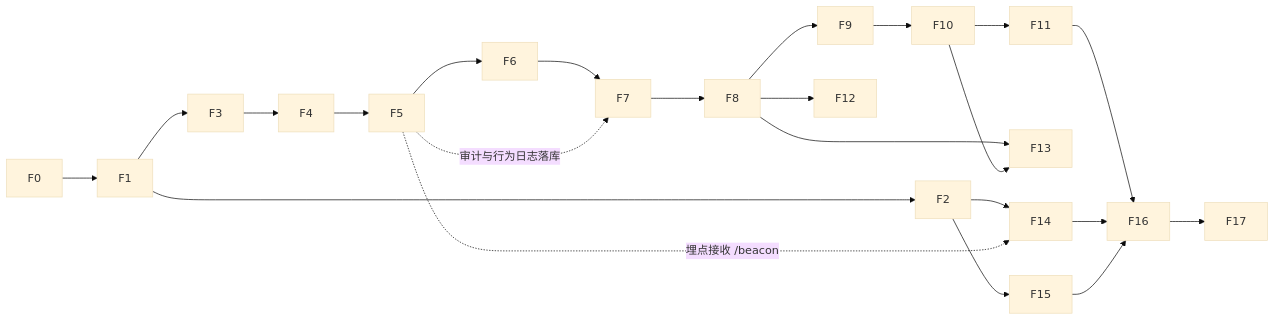
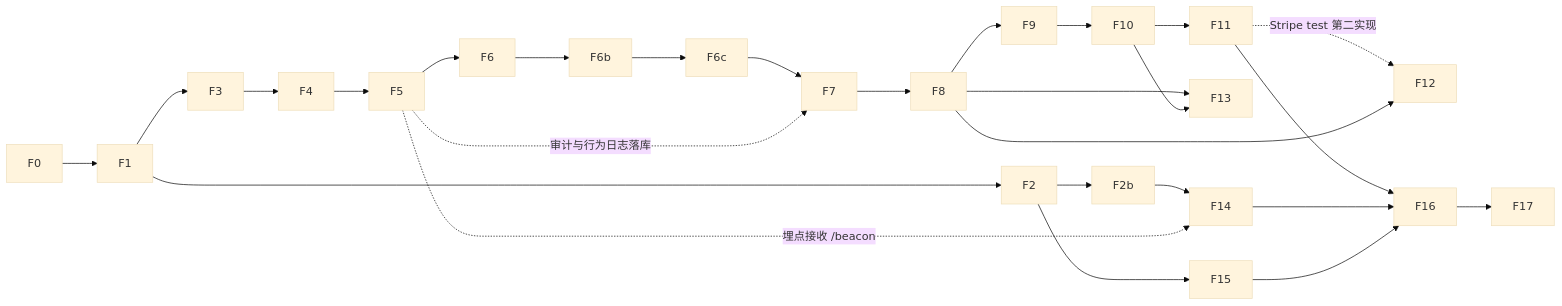
The second of 2 diagrams in docs/地基搭建清单.md (NEILXIANG/WaSelect), drawn with Mermaid (base theme) before and after one commit. The commit also changed other lines of this file and 6 other files, not shown here.

Commit message:
docs: 地基清单 v1.2——外部评审 15 条裁决采纳（新增 F2b 值对象/F6b 鉴权/F6c 行走骨架 + §1.1 外部验证并行泳道；F11 加 Stripe test 第二实现；F5 日志三补丁；F7 PG16 锁定+expand/contract+append-only；F14 wx 封装+simulate；门禁两档；工期 12-18 天）；测试策略加 fast 档与三条必测；日志文档补可检索落点/前端错误收集/APPI

````diff
--- a/docs/地基搭建清单.md
+++ b/docs/地基搭建清单.md
@@ -126,18 +141,21 @@
 ```mermaid
 flowchart LR
   F0 --> F1 --> F2
+  F2 --> F2b
   F1 --> F3 --> F4 --> F5 --> F6
-  F6 --> F7 --> F8 --> F9
+  F6 --> F6b --> F6c
+  F6c --> F7 --> F8 --> F9
   F5 -.审计与行为日志落库.-> F7
   F9 --> F10 --> F11
+  F11 -.Stripe test 第二实现.-> F12
   F8 --> F12
   F8 --> F13
   F10 --> F13
-  F2 --> F14
+  F2b --> F14
   F2 --> F15
   F5 -.埋点接收 /beacon.-> F14
   F11 --> F16
   F14 --> F16
   F15 --> F16
   F16 --> F17
 ```
````
